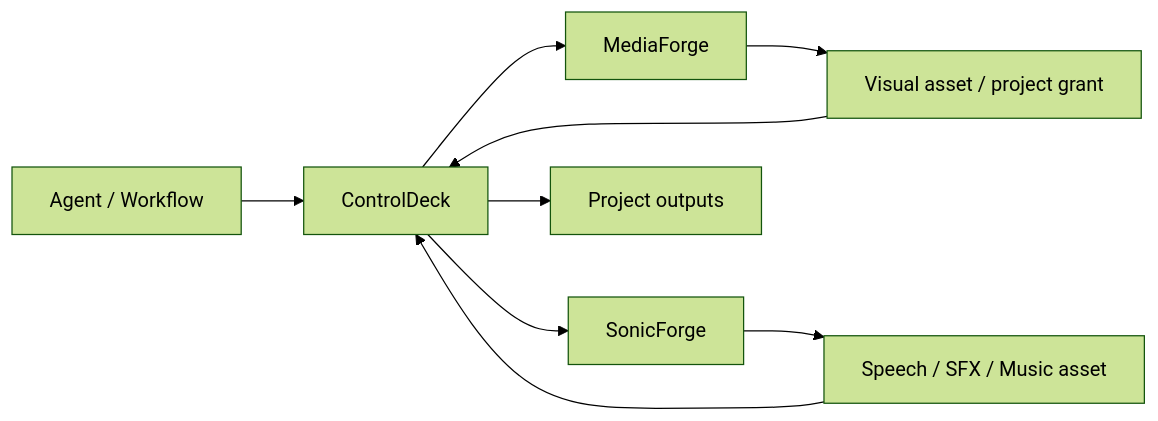
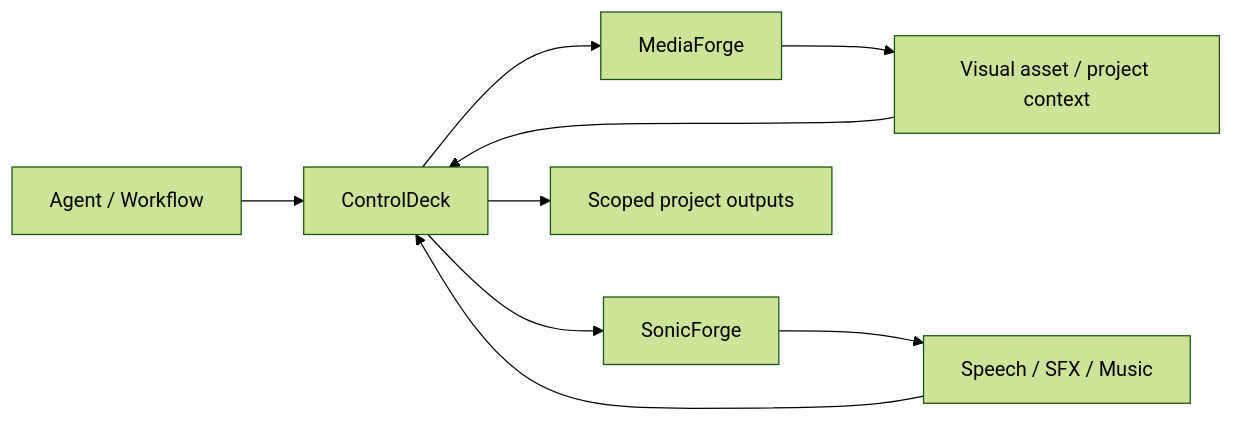
Diagram 13 of 13 in docs/12-architecture-diagrams.md (souten-yd/ControlDeckSonicForge), drawn with Mermaid (forest theme) before and after one commit. The commit also changed other lines of this file, not shown here.

Commit message:
docs: align diagrams with signed bilingual setup

````diff
--- a/docs/12-architecture-diagrams.md
+++ b/docs/12-architecture-diagrams.md
@@ -228,15 +308,15 @@
 ```mermaid
 flowchart LR
     Agent[Agent / Workflow]
     CD[ControlDeck]
     MF[MediaForge]
-    Visual[Visual asset / project grant]
+    Visual[Visual asset / project context]
     SF[SonicForge]
-    Audio[Speech / SFX / Music asset]
-    Project[Project outputs]
+    Audio[Speech / SFX / Music]
+    Project[Scoped project outputs]
 
     Agent --> CD
     CD --> MF --> Visual --> CD
     CD --> SF --> Audio --> CD
     CD --> Project
 ```
````
